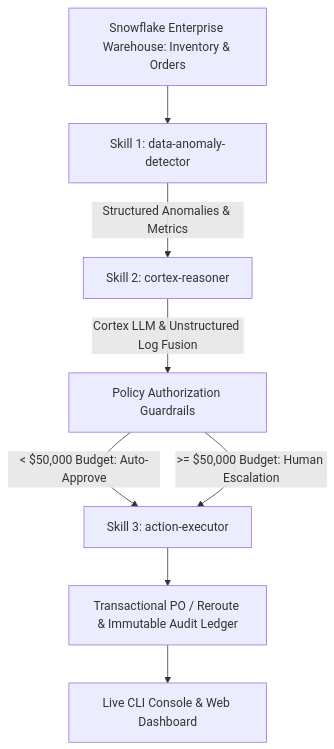
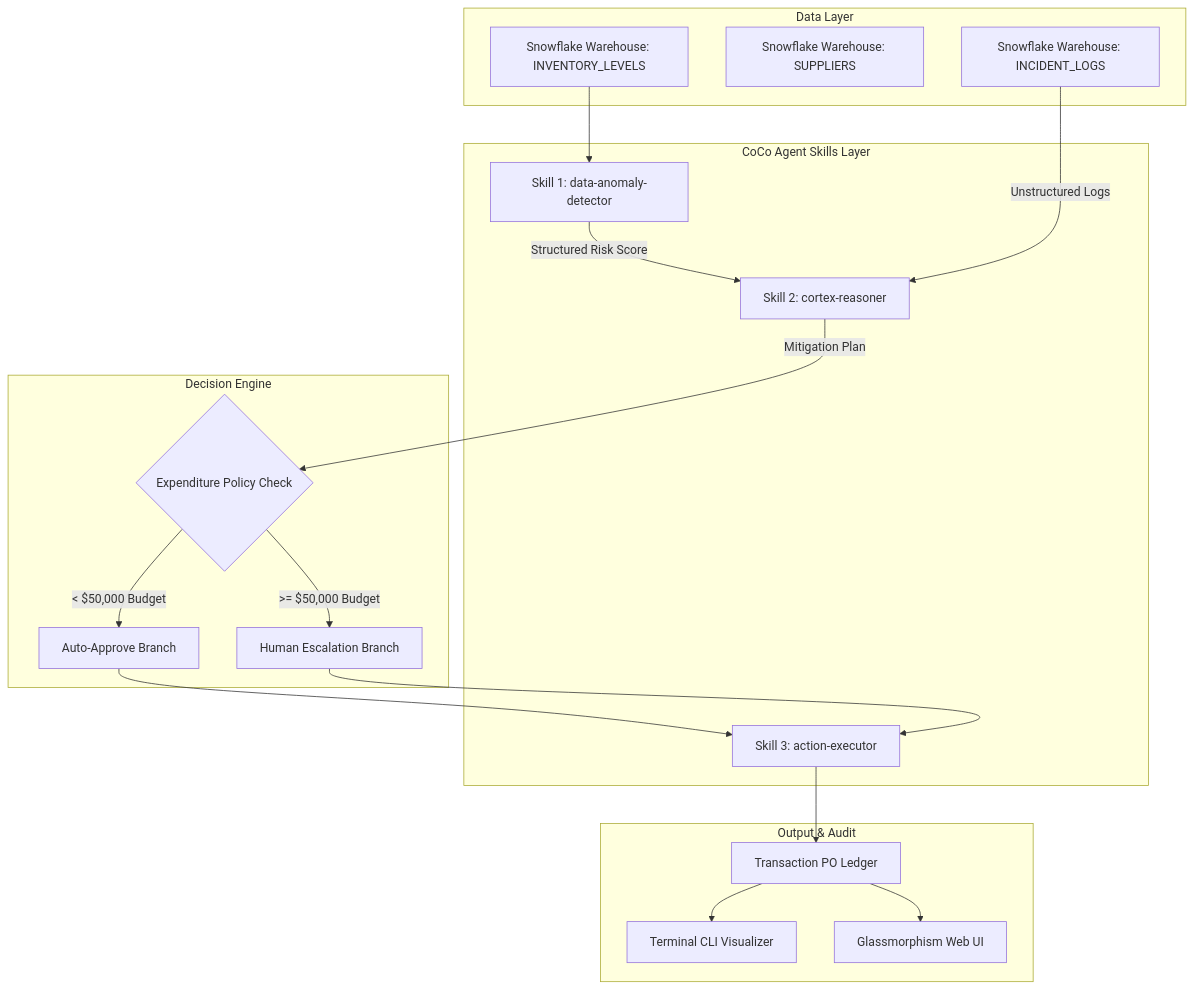
Before and after one commit to kholipha-ahmmad-al-amin/cortex-supplyguard-agent: the first of 6 diagrams in README.md, drawn with Mermaid. The commit also changed other lines of this file, not shown here.

Commit message:
docs: publish Silicon Valley Engineering Manifesto README with full Mermaid diagrams

````diff
--- a/README.md
+++ b/README.md
@@ -24,10 +90,38 @@
 ```mermaid
 graph TD
-    A[Snowflake Enterprise Warehouse: Inventory & Orders] --> B[Skill 1: data-anomaly-detector]
-    B -->|Structured Anomalies & Metrics| C[Skill 2: cortex-reasoner]
-    C -->|Cortex LLM & Unstructured Log Fusion| D[Policy Authorization Guardrails]
-    D -->|< $50,000 Budget: Auto-Approve| E[Skill 3: action-executor]
-    D -->|>= $50,000 Budget: Human Escalation| E
-    E --> F[Transactional PO / Reroute & Immutable Audit Ledger]
-    F --> G[Live CLI Console & Web Dashboard]
+    subgraph Data Layer
+        A[Snowflake Warehouse: INVENTORY_LEVELS]
+        B[Snowflake Warehouse: SUPPLIERS]
+        C[Snowflake Warehouse: INCIDENT_LOGS]
+    end
+
+    subgraph CoCo Agent Skills Layer
+        D["Skill 1: data-anomaly-detector"]
+        E["Skill 2: cortex-reasoner"]
+        F["Skill 3: action-executor"]
+    end
+
+    subgraph Decision Engine
+        G{Expenditure Policy Check}
+        H[Auto-Approve Branch]
+        I[Human Escalation Branch]
+    end
+
+    subgraph Output & Audit
+        J[Transaction PO Ledger]
+        K[Terminal CLI Visualizer]
+        L[Glassmorphism Web UI]
+    end
+
+    A --> D
+    D -->|Structured Risk Score| E
+    C -->|Unstructured Logs| E
+    E -->|Mitigation Plan| G
+    G -->|< $50,000 Budget| H
+    G -->|>= $50,000 Budget| I
+    H --> F
+    I --> F
+    F --> J
+    J --> K
+    J --> L
 ```
````
